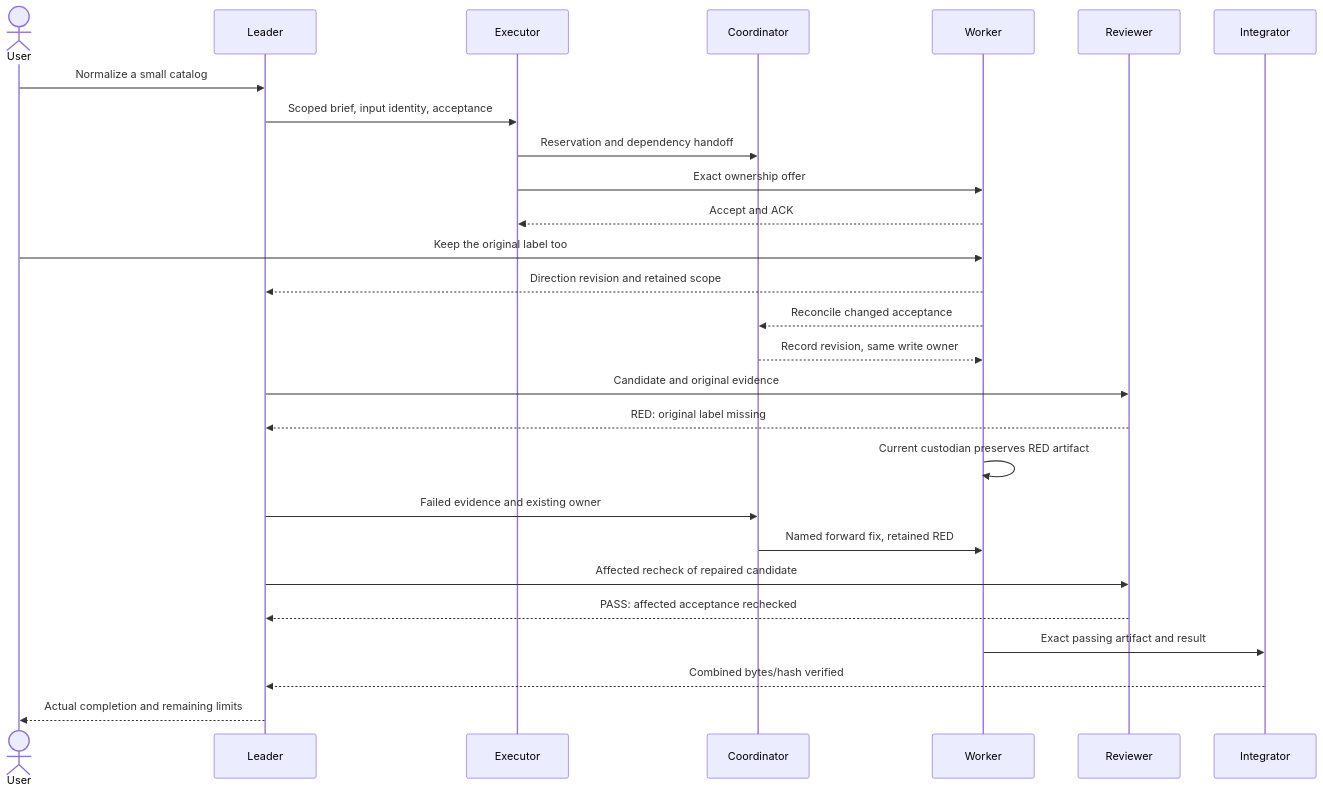
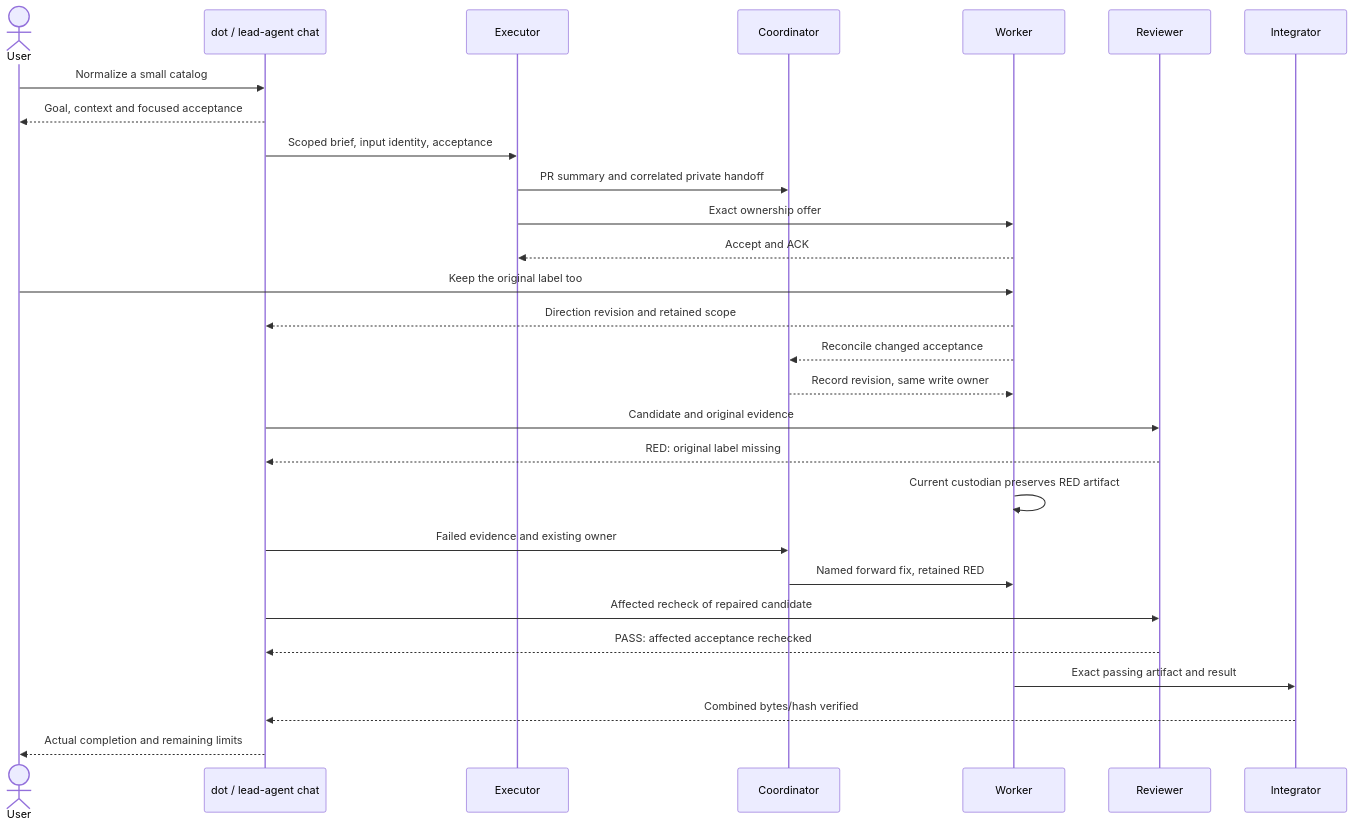
The diagram in references/worked-example.md (deciduus/cross-harness-agent-mail), drawn with Mermaid before and after one commit. The commit also changed other lines of this file and 10 other files, not shown here.

Commit message:
Clarify lead role, host receiving and PR-private mail bridge

````diff
--- a/references/worked-example.md
+++ b/references/worked-example.md
@@ -8,29 +26,30 @@
 ```mermaid
 sequenceDiagram
   actor User
-  participant Leader
+  participant Leader as dot / lead-agent chat
   participant Executor
   participant Coordinator
   participant Worker
   participant Reviewer
   participant Integrator
   User->>Leader: Normalize a small catalog
+  Leader-->>User: Goal, context and focused acceptance
   Leader->>Executor: Scoped brief, input identity, acceptance
-  Executor->>Coordinator: Reservation and dependency handoff
+  Executor->>Coordinator: PR summary and correlated private handoff
   Executor->>Worker: Exact ownership offer
   Worker-->>Executor: Accept and ACK
   User->>Worker: Keep the original label too
   Worker-->>Leader: Direction revision and retained scope
   Worker-->>Coordinator: Reconcile changed acceptance
   Coordinator-->>Worker: Record revision, same write owner
   Leader->>Reviewer: Candidate and original evidence
   Reviewer-->>Leader: RED: original label missing
   Worker->>Worker: Current custodian preserves RED artifact
   Leader->>Coordinator: Failed evidence and existing owner
   Coordinator->>Worker: Named forward fix, retained RED
   Leader->>Reviewer: Affected recheck of repaired candidate
   Reviewer-->>Leader: PASS: affected acceptance rechecked
   Worker->>Integrator: Exact passing artifact and result
   Integrator-->>Leader: Combined bytes/hash verified
   Leader-->>User: Actual completion and remaining limits
 ```
````
